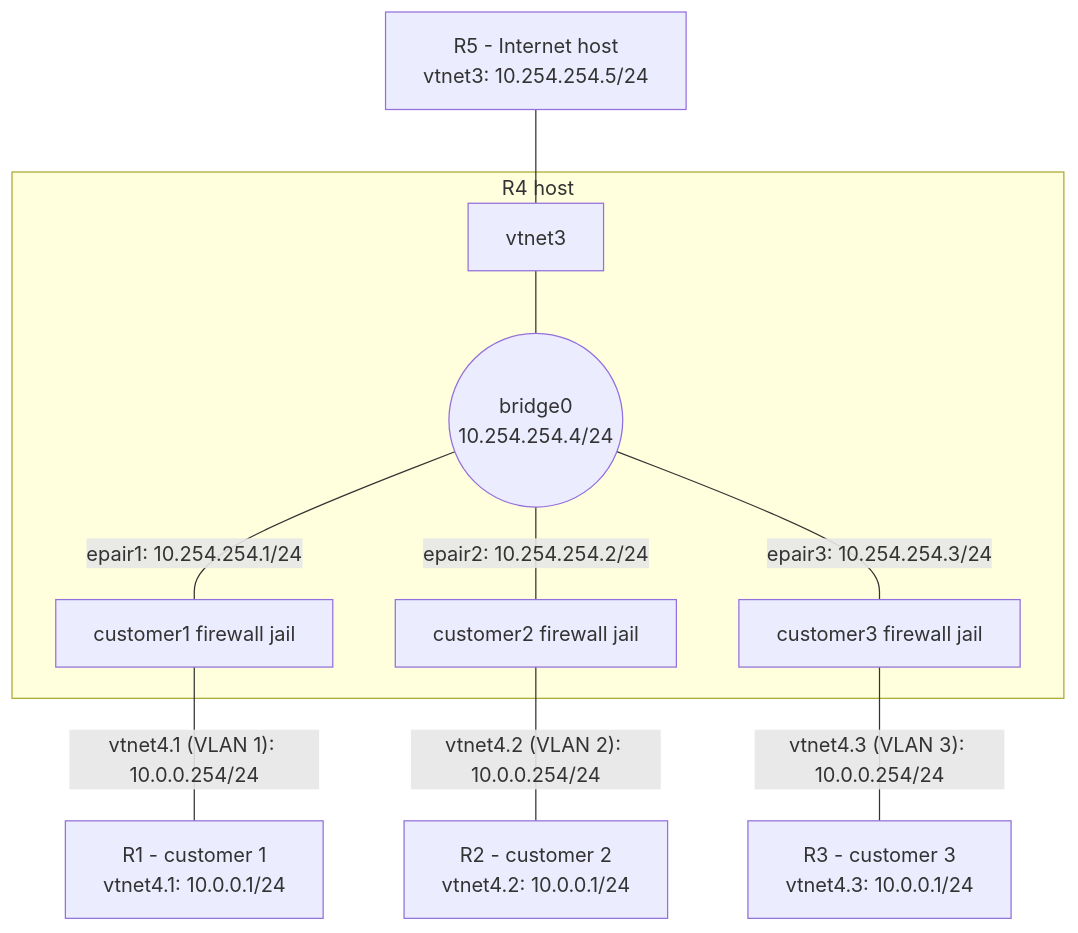
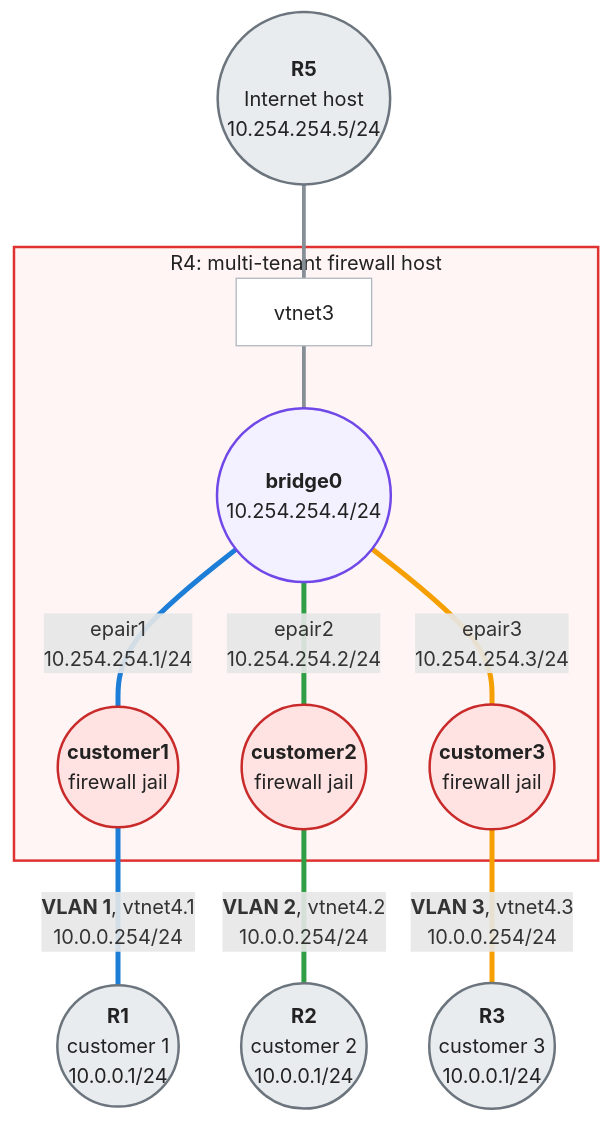
One commit to ocochard/bsdrp-website changed the diagram in docs/documentation/examples/multi-tenant-router-and-firewall.md. Above: the diagram before and after it, drawn with Mermaid. The commit also changed 6 other files, not shown here.

First line of the commit message:
examples: one mermaid style for every lab diagram

````diff
--- a/docs/documentation/examples/multi-tenant-router-and-firewall.md
+++ b/docs/documentation/examples/multi-tenant-router-and-firewall.md
@@ -19,27 +19,44 @@
 ```mermaid
 flowchart TB
-    R5["R5 - Internet host<br/>vtnet3: 10.254.254.5/24"]
+    R5(("<b>R5</b><br/>Internet host<br/>10.254.254.5/24"))
 
-    subgraph R4box["R4 host"]
+    subgraph R4box["R4: multi-tenant firewall host"]
         VTNET3["vtnet3"]
-        BR0(("bridge0<br/>10.254.254.4/24"))
-        FW1["customer1 firewall jail"]
-        FW2["customer2 firewall jail"]
-        FW3["customer3 firewall jail"]
+        BR0(("<b>bridge0</b><br/>10.254.254.4/24"))
+        FW1(("<b>customer1</b><br/>firewall jail"))
+        FW2(("<b>customer2</b><br/>firewall jail"))
+        FW3(("<b>customer3</b><br/>firewall jail"))
 
         VTNET3 --- BR0
-        BR0 -- "epair1: 10.254.254.1/24" --- FW1
-        BR0 -- "epair2: 10.254.254.2/24" --- FW2
-        BR0 -- "epair3: 10.254.254.3/24" --- FW3
+        BR0 ---|"epair1<br/>10.254.254.1/24"| FW1
+        BR0 ---|"epair2<br/>10.254.254.2/24"| FW2
+        BR0 ---|"epair3<br/>10.254.254.3/24"| FW3
     end
 
     R5 --- VTNET3
 
-    R1["R1 - customer 1<br/>vtnet4.1: 10.0.0.1/24"]
-    R2["R2 - customer 2<br/>vtnet4.2: 10.0.0.1/24"]
-    R3["R3 - customer 3<br/>vtnet4.3: 10.0.0.1/24"]
+    R1(("<b>R1</b><br/>customer 1<br/>10.0.0.1/24"))
+    R2(("<b>R2</b><br/>customer 2<br/>10.0.0.1/24"))
+    R3(("<b>R3</b><br/>customer 3<br/>10.0.0.1/24"))
 
-    FW1 -- "vtnet4.1 (VLAN 1): 10.0.0.254/24" --- R1
-    FW2 -- "vtnet4.2 (VLAN 2): 10.0.0.254/24" --- R2
-    FW3 -- "vtnet4.3 (VLAN 3): 10.0.0.254/24" --- R3
+    FW1 ---|"<b>VLAN 1</b>, vtnet4.1<br/>10.0.0.254/24"| R1
+    FW2 ---|"<b>VLAN 2</b>, vtnet4.2<br/>10.0.0.254/24"| R2
+    FW3 ---|"<b>VLAN 3</b>, vtnet4.3<br/>10.0.0.254/24"| R3
+
+    classDef frr fill:#fde2c4,stroke:#d9480f,stroke-width:2px,color:#222
+    classDef bird fill:#d0e4f7,stroke:#1c5fa8,stroke-width:2px,color:#222
+    classDef router fill:#ffe3e3,stroke:#c92a2a,stroke-width:2px,color:#222
+    classDef host fill:#e9ecef,stroke:#6c757d,stroke-width:2px,color:#222
+    classDef bridge fill:#f3f0ff,stroke:#7048e8,stroke-width:2px,color:#222
+    classDef iface fill:#ffffff,stroke:#adb5bd,color:#222
+    class R5,R1,R2,R3 host
+    class FW1,FW2,FW3 router
+    class BR0 bridge
+    class VTNET3 iface
+    style R4box fill:#fff5f5,stroke:#e03131,stroke-width:2px,color:#222
+
+    linkStyle 0,4 stroke:#868e96,stroke-width:3px
+    linkStyle 1,5 stroke:#1c7ed6,stroke-width:4px
+    linkStyle 2,6 stroke:#2f9e44,stroke-width:4px
+    linkStyle 3,7 stroke:#f59f00,stroke-width:4px
 ```
````
